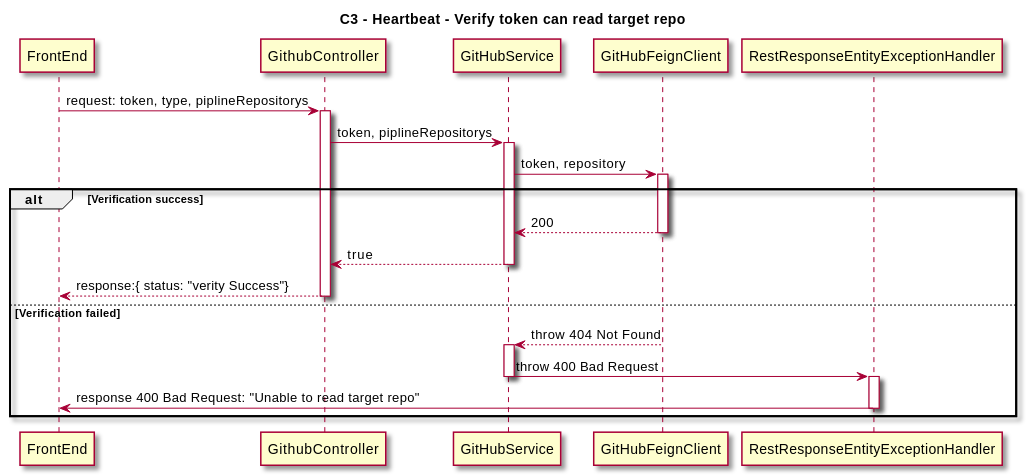
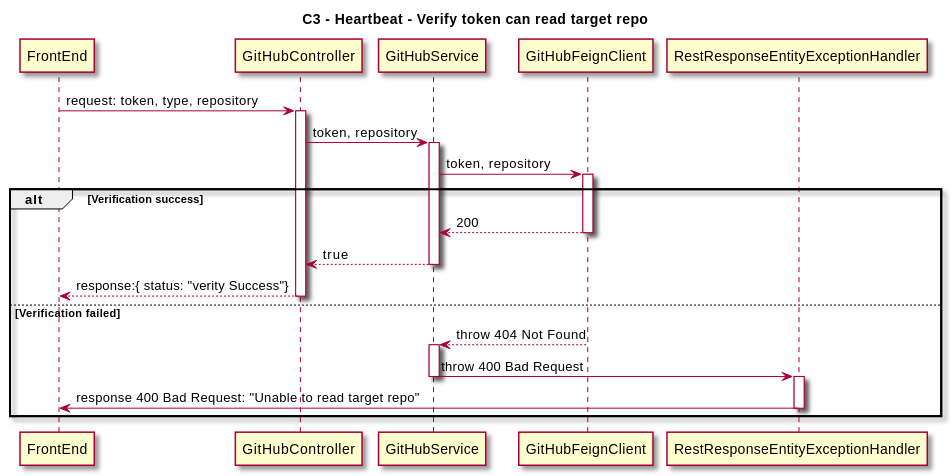
The second of 2 diagrams in docs/src/content/docs/en/spikes/tech-spikes-split-verify-of-github.mdx (thoughtworks/HeartBeat), drawn with PlantUML before and after one commit. The commit also changed other lines of this file, not shown here.

Commit message:
ADM-679:[docs]feat: add Request timing for two api

````diff
--- a/docs/src/content/docs/en/spikes/tech-spikes-split-verify-of-github.mdx
+++ b/docs/src/content/docs/en/spikes/tech-spikes-split-verify-of-github.mdx
@@ -103,40 +107,40 @@
 ```plantuml
 @startuml
 skin rose
 title C3 - Heartbeat - Verify token can read target repo
 
 participant FrontEnd
-participant GithubController
+participant GitHubController
 participant GitHubService
 participant GitHubFeignClient
 participant RestResponseEntityExceptionHandler
 
 ' group Verify token can read target repo
-    FrontEnd -> GithubController: request: token, type, piplineRepositorys
-    activate GithubController
-    GithubController -> GitHubService: token, piplineRepositorys
+    FrontEnd -> GitHubController: request: token, type, repository
+    activate GitHubController
+    GitHubController -> GitHubService: token, repository
     activate GitHubService
     GitHubService -> GitHubFeignClient: token, repository
     activate GitHubFeignClient
 alt Verification success
     GitHubFeignClient --> GitHubService: 200
     deactivate GitHubFeignClient
-    GitHubService --> GithubController: true
+    GitHubService --> GitHubController: true
     deactivate GitHubService
-    GithubController --> FrontEnd: response:{ status: "verity Success"}
-    deactivate GithubController
+    GitHubController --> FrontEnd: response:{ status: "verity Success"}
+    deactivate GitHubController
 else Verification failed
     GitHubFeignClient --> GitHubService: throw 404 Not Found
     deactivate GitHubFeignClient
     activate GitHubService
     GitHubService -> RestResponseEntityExceptionHandler: throw 400 Bad Request
     deactivate GitHubService
     deactivate GitHubFeignClient
     activate RestResponseEntityExceptionHandler
     RestResponseEntityExceptionHandler -> FrontEnd: response 400 Bad Request: "Unable to read target repo"
     deactivate RestResponseEntityExceptionHandler
     ' deactivate GitHubService
-    ' deactivate GithubController
+    ' deactivate GitHubController
 end
 @enduml
 ```
````
